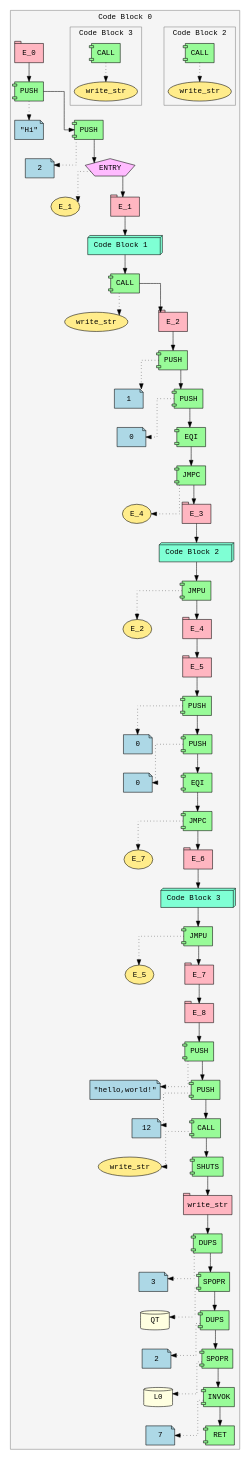
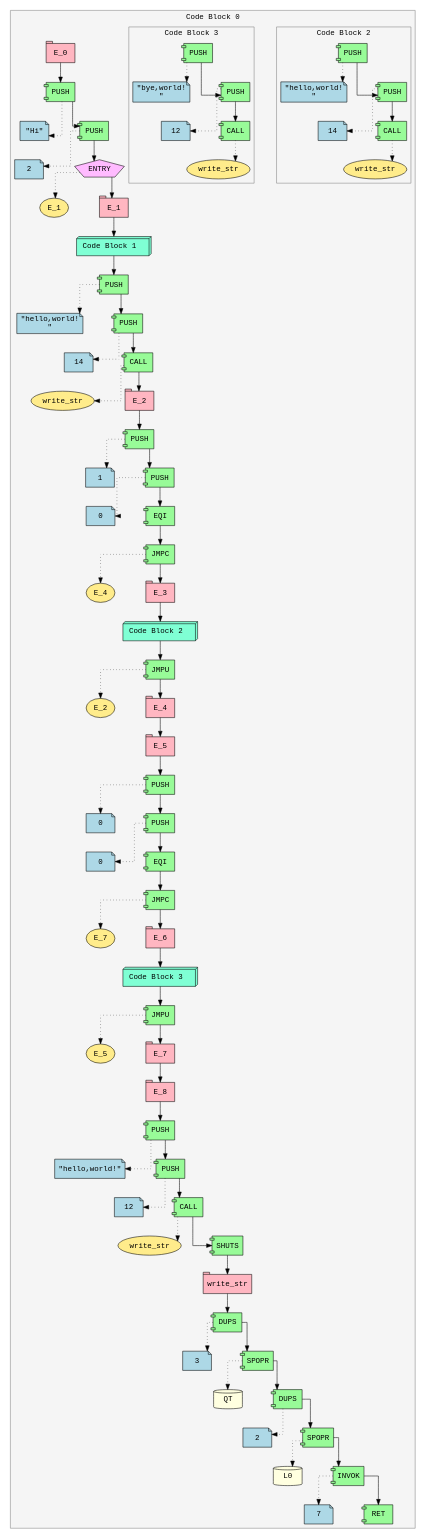
The diagram in ir.dot (Soham-Metha/IICT_Segfault_2025), drawn with Graphviz before and after one commit. The commit also changed 3 other files, not shown here.

```diff
--- a/ir.dot
+++ b/ir.dot
@@ -32,121 +32,145 @@
 }
 Expr_9 [shape=box3d style=filled fillcolor=aquamarine fontname="Courier" label=" Code Block 1  "]
 Expr_8 -> Expr_9;
-Expr_10 [shape=component style=filled fillcolor=palegreen fontname="Courier" label="CALL"]
-Expr_11 [shape=ellipse style=filled fillcolor=lightgoldenrod1 fontname="Courier" label="write_str"]
+Expr_10 [shape=component style=filled fillcolor=palegreen fontname="Courier" label="PUSH"]
+Expr_11 [shape=note style=filled fillcolor=lightblue fontname="Courier" label="\"hello,world!\n\""]
 Expr_10 -> Expr_11 [style=dotted]
 Expr_9 -> Expr_10;
-Expr_12 [shape=tab style=filled fillcolor=lightpink fontname="Courier" label="E_2"]
+Expr_12 [shape=component style=filled fillcolor=palegreen fontname="Courier" label="PUSH"]
+Expr_13 [shape=note style=filled fillcolor=lightblue fontname="Courier" label="14"]
+Expr_12 -> Expr_13 [style=dotted]
 Expr_10 -> Expr_12;
-Expr_13 [shape=component style=filled fillcolor=palegreen fontname="Courier" label="PUSH"]
-Expr_14 [shape=note style=filled fillcolor=lightblue fontname="Courier" label="1"]
-Expr_13 -> Expr_14 [style=dotted]
-Expr_12 -> Expr_13;
-Expr_15 [shape=component style=filled fillcolor=palegreen fontname="Courier" label="PUSH"]
-Expr_16 [shape=note style=filled fillcolor=lightblue fontname="Courier" label="0"]
-Expr_15 -> Expr_16 [style=dotted]
-Expr_13 -> Expr_15;
-Expr_17 [shape=component style=filled fillcolor=palegreen fontname="Courier" label="EQI"]
-Expr_15 -> Expr_17;
-Expr_18 [shape=component style=filled fillcolor=palegreen fontname="Courier" label="JMPC"]
-Expr_19 [shape=ellipse style=filled fillcolor=lightgoldenrod1 fontname="Courier" label="E_4"]
-Expr_18 -> Expr_19 [style=dotted]
-Expr_17 -> Expr_18;
-Expr_20 [shape=tab style=filled fillcolor=lightpink fontname="Courier" label="E_3"]
-Expr_18 -> Expr_20;
-subgraph cluster_21 {
+Expr_14 [shape=component style=filled fillcolor=palegreen fontname="Courier" label="CALL"]
+Expr_15 [shape=ellipse style=filled fillcolor=lightgoldenrod1 fontname="Courier" label="write_str"]
+Expr_14 -> Expr_15 [style=dotted]
+Expr_12 -> Expr_14;
+Expr_16 [shape=tab style=filled fillcolor=lightpink fontname="Courier" label="E_2"]
+Expr_14 -> Expr_16;
+Expr_17 [shape=component style=filled fillcolor=palegreen fontname="Courier" label="PUSH"]
+Expr_18 [shape=note style=filled fillcolor=lightblue fontname="Courier" label="1"]
+Expr_17 -> Expr_18 [style=dotted]
+Expr_16 -> Expr_17;
+Expr_19 [shape=component style=filled fillcolor=palegreen fontname="Courier" label="PUSH"]
+Expr_20 [shape=note style=filled fillcolor=lightblue fontname="Courier" label="0"]
+Expr_19 -> Expr_20 [style=dotted]
+Expr_17 -> Expr_19;
+Expr_21 [shape=component style=filled fillcolor=palegreen fontname="Courier" label="EQI"]
+Expr_19 -> Expr_21;
+Expr_22 [shape=component style=filled fillcolor=palegreen fontname="Courier" label="JMPC"]
+Expr_23 [shape=ellipse style=filled fillcolor=lightgoldenrod1 fontname="Courier" label="E_4"]
+Expr_22 -> Expr_23 [style=dotted]
+Expr_21 -> Expr_22;
+Expr_24 [shape=tab style=filled fillcolor=lightpink fontname="Courier" label="E_3"]
+Expr_22 -> Expr_24;
+subgraph cluster_25 {
 label="Code Block 2 ";
 style=filled;
 color=gray;
 fillcolor=whitesmoke;
 fontname="Courier";
-Expr_22 [shape=component style=filled fillcolor=palegreen fontname="Courier" label="CALL"]
-Expr_23 [shape=ellipse style=filled fillcolor=lightgoldenrod1 fontname="Courier" label="write_str"]
-Expr_22 -> Expr_23 [style=dotted]
-}
-Expr_21 [shape=box3d style=filled fillcolor=aquamarine fontname="Courier" label=" Code Block 2  "]
-Expr_20 -> Expr_21;
-Expr_24 [shape=component style=filled fillcolor=palegreen fontname="Courier" label="JMPU"]
-Expr_25 [shape=ellipse style=filled fillcolor=lightgoldenrod1 fontname="Courier" label="E_2"]
-Expr_24 -> Expr_25 [style=dotted]
-Expr_21 -> Expr_24;
-Expr_26 [shape=tab style=filled fillcolor=lightpink fontname="Courier" label="E_4"]
-Expr_24 -> Expr_26;
-Expr_27 [shape=tab style=filled fillcolor=lightpink fontname="Courier" label="E_5"]
-Expr_26 -> Expr_27;
+Expr_26 [shape=component style=filled fillcolor=palegreen fontname="Courier" label="PUSH"]
+Expr_27 [shape=note style=filled fillcolor=lightblue fontname="Courier" label="\"hello,world!\n\""]
+Expr_26 -> Expr_27 [style=dotted]
 Expr_28 [shape=component style=filled fillcolor=palegreen fontname="Courier" label="PUSH"]
-Expr_29 [shape=note style=filled fillcolor=lightblue fontname="Courier" label="0"]
+Expr_29 [shape=note style=filled fillcolor=lightblue fontname="Courier" label="14"]
 Expr_28 -> Expr_29 [style=dotted]
-Expr_27 -> Expr_28;
-Expr_30 [shape=component style=filled fillcolor=palegreen fontname="Courier" label="PUSH"]
-Expr_31 [shape=note style=filled fillcolor=lightblue fontname="Courier" label="0"]
+Expr_26 -> Expr_28;
+Expr_30 [shape=component style=filled fillcolor=palegreen fontname="Courier" label="CALL"]
+Expr_31 [shape=ellipse style=filled fillcolor=lightgoldenrod1 fontname="Courier" label="write_str"]
 Expr_30 -> Expr_31 [style=dotted]
 Expr_28 -> Expr_30;
-Expr_32 [shape=component style=filled fillcolor=palegreen fontname="Courier" label="EQI"]
-Expr_30 -> Expr_32;
-Expr_33 [shape=component style=filled fillcolor=palegreen fontname="Courier" label="JMPC"]
-Expr_34 [shape=ellipse style=filled fillcolor=lightgoldenrod1 fontname="Courier" label="E_7"]
-Expr_33 -> Expr_34 [style=dotted]
-Expr_32 -> Expr_33;
-Expr_35 [shape=tab style=filled fillcolor=lightpink fontname="Courier" label="E_6"]
-Expr_33 -> Expr_35;
-subgraph cluster_36 {
+}
+Expr_25 [shape=box3d style=filled fillcolor=aquamarine fontname="Courier" label=" Code Block 2  "]
+Expr_24 -> Expr_25;
+Expr_32 [shape=component style=filled fillcolor=palegreen fontname="Courier" label="JMPU"]
+Expr_33 [shape=ellipse style=filled fillcolor=lightgoldenrod1 fontname="Courier" label="E_2"]
+Expr_32 -> Expr_33 [style=dotted]
+Expr_25 -> Expr_32;
+Expr_34 [shape=tab style=filled fillcolor=lightpink fontname="Courier" label="E_4"]
+Expr_32 -> Expr_34;
+Expr_35 [shape=tab style=filled fillcolor=lightpink fontname="Courier" label="E_5"]
+Expr_34 -> Expr_35;
+Expr_36 [shape=component style=filled fillcolor=palegreen fontname="Courier" label="PUSH"]
+Expr_37 [shape=note style=filled fillcolor=lightblue fontname="Courier" label="0"]
+Expr_36 -> Expr_37 [style=dotted]
+Expr_35 -> Expr_36;
+Expr_38 [shape=component style=filled fillcolor=palegreen fontname="Courier" label="PUSH"]
+Expr_39 [shape=note style=filled fillcolor=lightblue fontname="Courier" label="0"]
+Expr_38 -> Expr_39 [style=dotted]
+Expr_36 -> Expr_38;
+Expr_40 [shape=component style=filled fillcolor=palegreen fontname="Courier" label="EQI"]
+Expr_38 -> Expr_40;
+Expr_41 [shape=component style=filled fillcolor=palegreen fontname="Courier" label="JMPC"]
+Expr_42 [shape=ellipse style=filled fillcolor=lightgoldenrod1 fontname="Courier" label="E_7"]
+Expr_41 -> Expr_42 [style=dotted]
+Expr_40 -> Expr_41;
+Expr_43 [shape=tab style=filled fillcolor=lightpink fontname="Courier" label="E_6"]
+Expr_41 -> Expr_43;
+subgraph cluster_44 {
 label="Code Block 3 ";
 style=filled;
 color=gray;
 fillcolor=whitesmoke;
 fontname="Courier";
-Expr_37 [shape=component style=filled fillcolor=palegreen fontname="Courier" label="CALL"]
-Expr_38 [shape=ellipse style=filled fillcolor=lightgoldenrod1 fontname="Courier" label="write_str"]
-Expr_37 -> Expr_38 [style=dotted]
-}
-Expr_36 [shape=box3d style=filled fillcolor=aquamarine fontname="Courier" label=" Code Block 3  "]
-Expr_35 -> Expr_36;
-Expr_39 [shape=component style=filled fillcolor=palegreen fontname="Courier" label="JMPU"]
-Expr_40 [shape=ellipse style=filled fillcolor=lightgoldenrod1 fontname="Courier" label="E_5"]
-Expr_39 -> Expr_40 [style=dotted]
-Expr_36 -> Expr_39;
-Expr_41 [shape=tab style=filled fillcolor=lightpink fontname="Courier" label="E_7"]
-Expr_39 -> Expr_41;
-Expr_42 [shape=tab style=filled fillcolor=lightpink fontname="Courier" label="E_8"]
-Expr_41 -> Expr_42;
-Expr_43 [shape=component style=filled fillcolor=palegreen fontname="Courier" label="PUSH"]
-Expr_44 [shape=note style=filled fillcolor=lightblue fontname="Courier" label="\"hello,world!\""]
-Expr_43 -> Expr_44 [style=dotted]
-Expr_42 -> Expr_43;
 Expr_45 [shape=component style=filled fillcolor=palegreen fontname="Courier" label="PUSH"]
-Expr_46 [shape=note style=filled fillcolor=lightblue fontname="Courier" label="12"]
+Expr_46 [shape=note style=filled fillcolor=lightblue fontname="Courier" label="\"bye,world!\n\""]
 Expr_45 -> Expr_46 [style=dotted]
-Expr_43 -> Expr_45;
-Expr_47 [shape=component style=filled fillcolor=palegreen fontname="Courier" label="CALL"]
-Expr_48 [shape=ellipse style=filled fillcolor=lightgoldenrod1 fontname="Courier" label="write_str"]
+Expr_47 [shape=component style=filled fillcolor=palegreen fontname="Courier" label="PUSH"]
+Expr_48 [shape=note style=filled fillcolor=lightblue fontname="Courier" label="12"]
 Expr_47 -> Expr_48 [style=dotted]
 Expr_45 -> Expr_47;
-Expr_49 [shape=component style=filled fillcolor=palegreen fontname="Courier" label="SHUTS"]
+Expr_49 [shape=component style=filled fillcolor=palegreen fontname="Courier" label="CALL"]
+Expr_50 [shape=ellipse style=filled fillcolor=lightgoldenrod1 fontname="Courier" label="write_str"]
+Expr_49 -> Expr_50 [style=dotted]
 Expr_47 -> Expr_49;
-Expr_50 [shape=tab style=filled fillcolor=lightpink fontname="Courier" label="write_str"]
-Expr_49 -> Expr_50;
-Expr_51 [shape=component style=filled fillcolor=palegreen fontname="Courier" label="DUPS"]
-Expr_52 [shape=note style=filled fillcolor=lightblue fontname="Courier" label="3"]
+}
+Expr_44 [shape=box3d style=filled fillcolor=aquamarine fontname="Courier" label=" Code Block 3  "]
+Expr_43 -> Expr_44;
+Expr_51 [shape=component style=filled fillcolor=palegreen fontname="Courier" label="JMPU"]
+Expr_52 [shape=ellipse style=filled fillcolor=lightgoldenrod1 fontname="Courier" label="E_5"]
 Expr_51 -> Expr_52 [style=dotted]
-Expr_50 -> Expr_51;
-Expr_53 [shape=component style=filled fillcolor=palegreen fontname="Courier" label="SPOPR"]
-Expr_54 [shape=cylinder style=filled fillcolor=lightyellow fontname="Courier" label="QT"]
-Expr_53 -> Expr_54 [style=dotted]
+Expr_44 -> Expr_51;
+Expr_53 [shape=tab style=filled fillcolor=lightpink fontname="Courier" label="E_7"]
 Expr_51 -> Expr_53;
-Expr_55 [shape=component style=filled fillcolor=palegreen fontname="Courier" label="DUPS"]
-Expr_56 [shape=note style=filled fillcolor=lightblue fontname="Courier" label="2"]
+Expr_54 [shape=tab style=filled fillcolor=lightpink fontname="Courier" label="E_8"]
+Expr_53 -> Expr_54;
+Expr_55 [shape=component style=filled fillcolor=palegreen fontname="Courier" label="PUSH"]
+Expr_56 [shape=note style=filled fillcolor=lightblue fontname="Courier" label="\"hello,world!\""]
 Expr_55 -> Expr_56 [style=dotted]
-Expr_53 -> Expr_55;
-Expr_57 [shape=component style=filled fillcolor=palegreen fontname="Courier" label="SPOPR"]
-Expr_58 [shape=cylinder style=filled fillcolor=lightyellow fontname="Courier" label="L0"]
+Expr_54 -> Expr_55;
+Expr_57 [shape=component style=filled fillcolor=palegreen fontname="Courier" label="PUSH"]
+Expr_58 [shape=note style=filled fillcolor=lightblue fontname="Courier" label="12"]
 Expr_57 -> Expr_58 [style=dotted]
 Expr_55 -> Expr_57;
-Expr_59 [shape=component style=filled fillcolor=palegreen fontname="Courier" label="INVOK"]
-Expr_60 [shape=note style=filled fillcolor=lightblue fontname="Courier" label="7"]
+Expr_59 [shape=component style=filled fillcolor=palegreen fontname="Courier" label="CALL"]
+Expr_60 [shape=ellipse style=filled fillcolor=lightgoldenrod1 fontname="Courier" label="write_str"]
 Expr_59 -> Expr_60 [style=dotted]
 Expr_57 -> Expr_59;
-Expr_61 [shape=component style=filled fillcolor=palegreen fontname="Courier" label="RET"]
+Expr_61 [shape=component style=filled fillcolor=palegreen fontname="Courier" label="SHUTS"]
 Expr_59 -> Expr_61;
+Expr_62 [shape=tab style=filled fillcolor=lightpink fontname="Courier" label="write_str"]
+Expr_61 -> Expr_62;
+Expr_63 [shape=component style=filled fillcolor=palegreen fontname="Courier" label="DUPS"]
+Expr_64 [shape=note style=filled fillcolor=lightblue fontname="Courier" label="3"]
+Expr_63 -> Expr_64 [style=dotted]
+Expr_62 -> Expr_63;
+Expr_65 [shape=component style=filled fillcolor=palegreen fontname="Courier" label="SPOPR"]
+Expr_66 [shape=cylinder style=filled fillcolor=lightyellow fontname="Courier" label="QT"]
+Expr_65 -> Expr_66 [style=dotted]
+Expr_63 -> Expr_65;
+Expr_67 [shape=component style=filled fillcolor=palegreen fontname="Courier" label="DUPS"]
+Expr_68 [shape=note style=filled fillcolor=lightblue fontname="Courier" label="2"]
+Expr_67 -> Expr_68 [style=dotted]
+Expr_65 -> Expr_67;
+Expr_69 [shape=component style=filled fillcolor=palegreen fontname="Courier" label="SPOPR"]
+Expr_70 [shape=cylinder style=filled fillcolor=lightyellow fontname="Courier" label="L0"]
+Expr_69 -> Expr_70 [style=dotted]
+Expr_67 -> Expr_69;
+Expr_71 [shape=component style=filled fillcolor=palegreen fontname="Courier" label="INVOK"]
+Expr_72 [shape=note style=filled fillcolor=lightblue fontname="Courier" label="7"]
+Expr_71 -> Expr_72 [style=dotted]
+Expr_69 -> Expr_71;
+Expr_73 [shape=component style=filled fillcolor=palegreen fontname="Courier" label="RET"]
+Expr_71 -> Expr_73;
 }
 }
```
